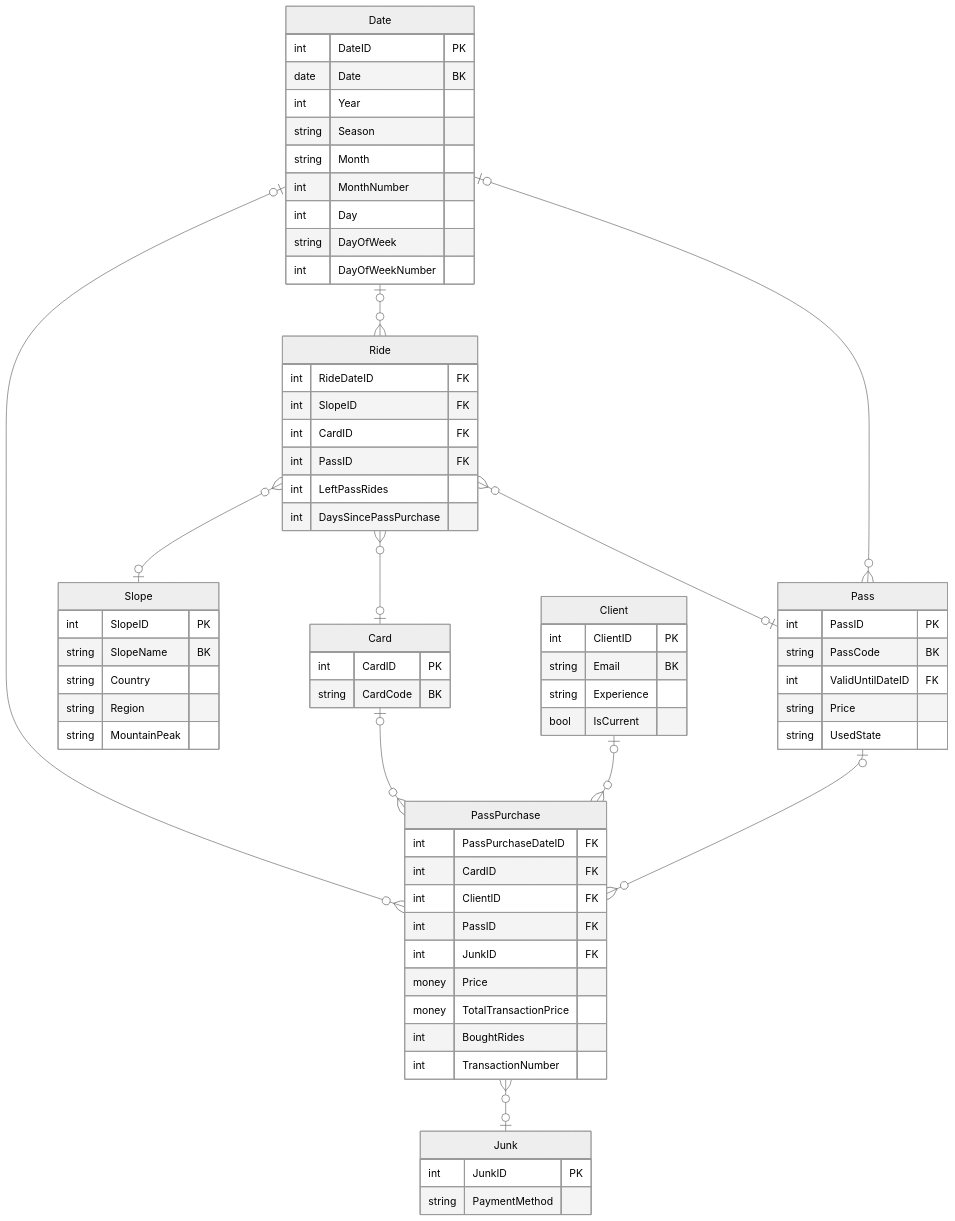
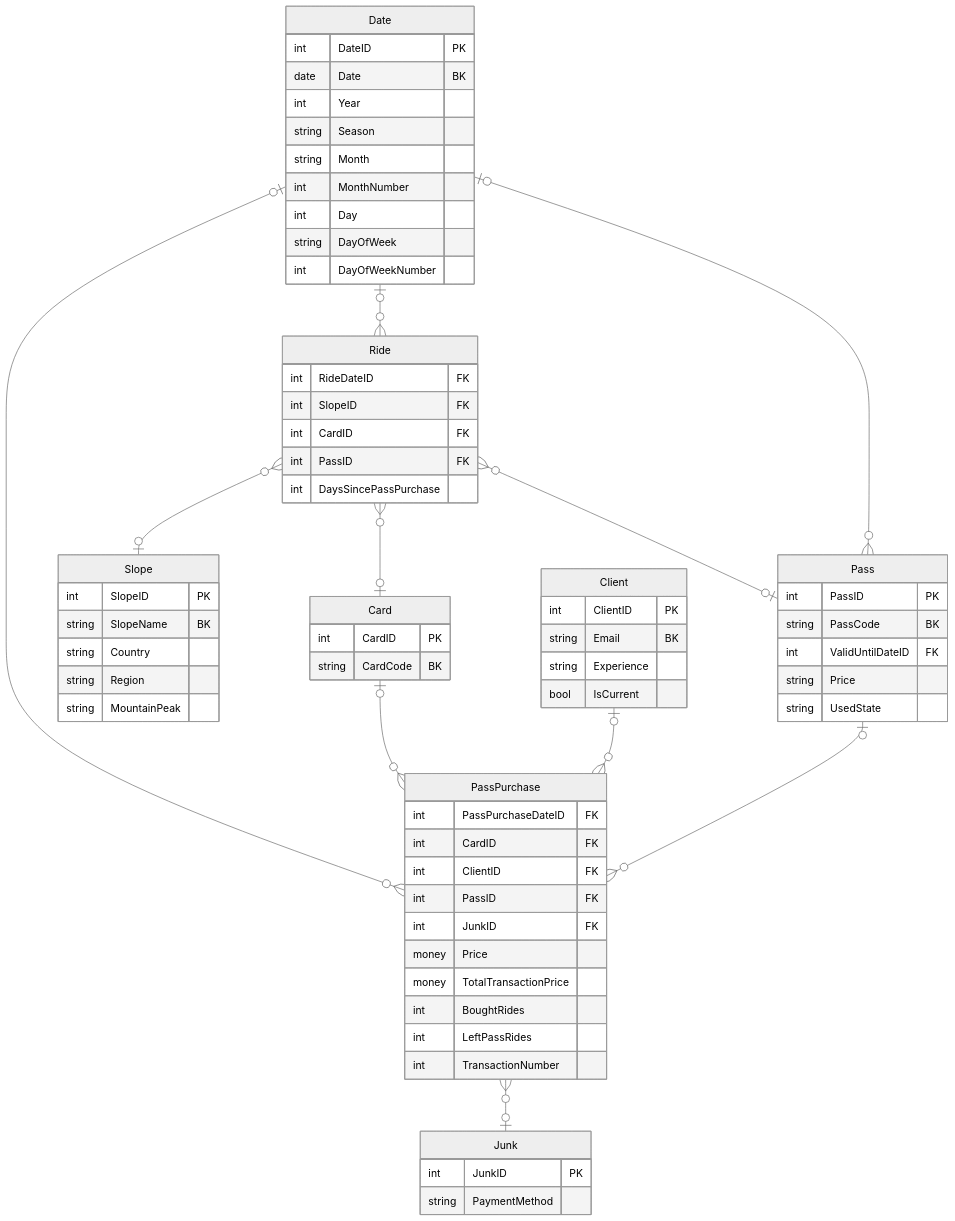
One commit to Nasus20202/hurtownie-danych changed the diagram in docs/data-warehouse-design/schema.mmd. Above: the diagram before and after it, drawn with Mermaid (neutral theme). The commit also changed other lines of this file and 3 other files, not shown here.

Commit message:
feat: move left pass rides to other fact

```diff
--- a/docs/data-warehouse-design/schema.mmd
+++ b/docs/data-warehouse-design/schema.mmd
@@ -1,77 +1,77 @@
 erDiagram
     Date |o--o{ Ride : ""
     Ride }o--o| Pass : ""
     Ride }o--o| Slope : ""
     Ride }o--o| Card : ""
     Date |o--o{ PassPurchase : ""
     Card |o--o{ PassPurchase : ""
     Client |o--o{ PassPurchase : ""
     Date |o--o{ Pass : ""
     Pass |o--o{ PassPurchase : ""
     PassPurchase }o--o| Junk : ""
 
 Client {
     int ClientID "PK"
     string Email "BK"
     string Experience
     bool IsCurrent
 }
 
 Card {
     int CardID "PK"
     string CardCode "BK"
 }
 
 Date {
     int DateID "PK"
     date Date "BK"
     int Year
     string Season
     string Month
     int MonthNumber
     int Day
     string DayOfWeek
     int DayOfWeekNumber
 }
 
 Junk {
     int JunkID "PK"
     string PaymentMethod
 }
 
 Pass {
     int PassID "PK"
     string PassCode "BK"
     int ValidUntilDateID "FK"
     string Price
     string UsedState
 }
 
 PassPurchase {
     int PassPurchaseDateID "FK"
     int CardID "FK"
     int ClientID "FK"
     int PassID "FK"
     int JunkID "FK"
     money Price
     money TotalTransactionPrice
     int BoughtRides
+    int LeftPassRides
     int TransactionNumber
 }
 
 Ride {
     int RideDateID "FK"
     int SlopeID "FK"
     int CardID "FK"
     int PassID "FK"
-    int LeftPassRides
     int DaysSincePassPurchase
 }
 
 Slope {
     int SlopeID "PK"
     string SlopeName "BK"
     string Country
     string Region
     string MountainPeak
 }
```
